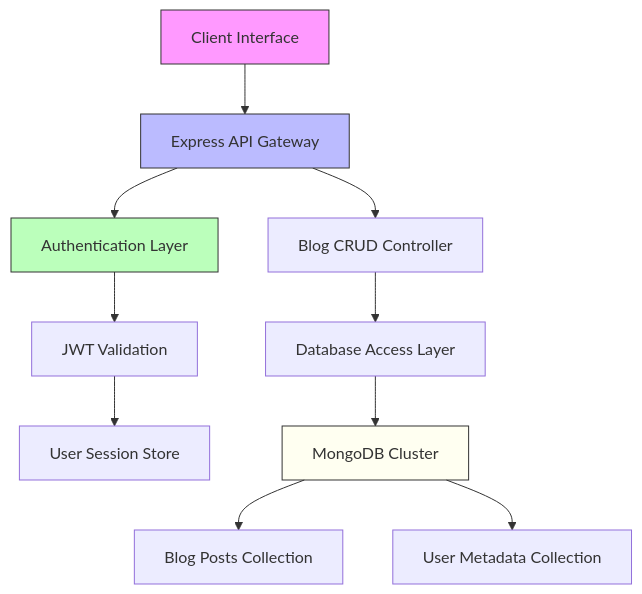
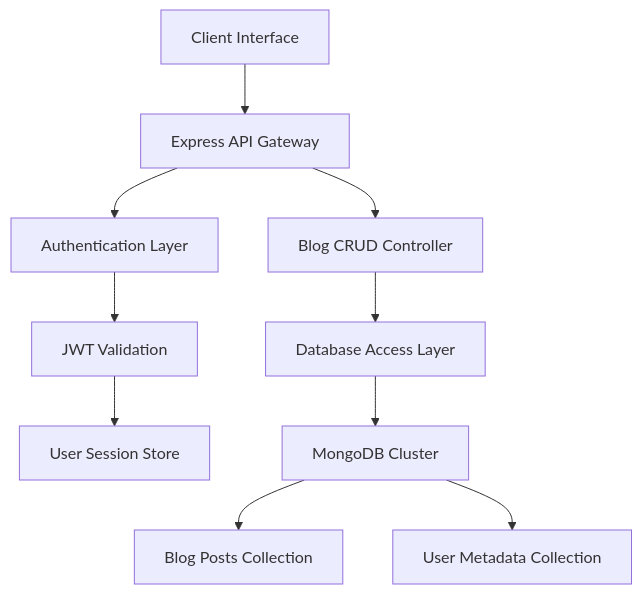
One commit to AadityaLamichhane/BlogSite changed the diagram in README.md. Above: the diagram before and after it, drawn with Mermaid. The commit also changed other lines of this file, not shown here.

````diff
--- a/README.md
+++ b/README.md
@@ -63,21 +63,12 @@
 ```mermaid
 graph TD
     A[Client Interface] --> B[Express API Gateway]
     B --> C[Authentication Layer]
     C --> D[JWT Validation]
     D --> E[User Session Store]
     B --> F[Blog CRUD Controller]
     F --> G[Database Access Layer]
     G --> H[MongoDB Cluster]
     H --> I[Blog Posts Collection]
     H --> J[User Metadata Collection]
-
-    style A fill:#f9f,stroke:#333
-    style B fill:#bbf,stroke:#333
-    style C fill:#bfb,stroke:#333
-    style H fill:#ffb3,stroke:#333
-
-    classDef client fill:#f9f,stroke:#333;
-    classDef server fill:#bbf,stroke:#333;
-    classDef database fill:#ffb3,stroke:#333;
 ```
````
